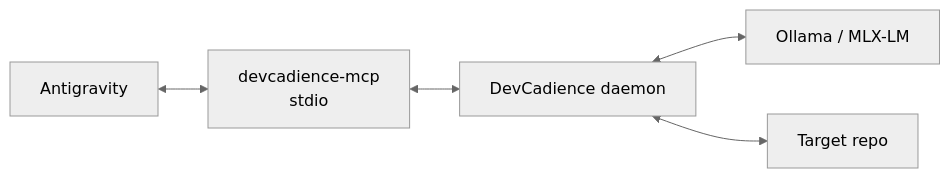
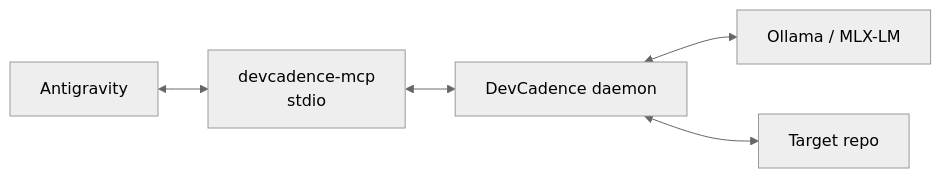
The diagram in docs/SETUP.md (olostan/DevCadence), drawn with Mermaid (neutral theme) before and after one commit. The commit also changed other lines of this file and 207 other files, not shown here.

Commit message:
refactor: rename DevCadience to DevCadence

````diff
--- a/docs/SETUP.md
+++ b/docs/SETUP.md
@@ -261,13 +261,13 @@
 ```mermaid
 flowchart LR
     AG["Antigravity"]
-    MCP["devcadience-mcp<br/>stdio"]
-    D["DevCadience daemon"]
+    MCP["devcadence-mcp<br/>stdio"]
+    D["DevCadence daemon"]
     Local["Ollama / MLX-LM"]
     Repo["Target repo"]
 
     AG <--> MCP
     MCP <--> D
     D <--> Local
     D <--> Repo
 ```
````
